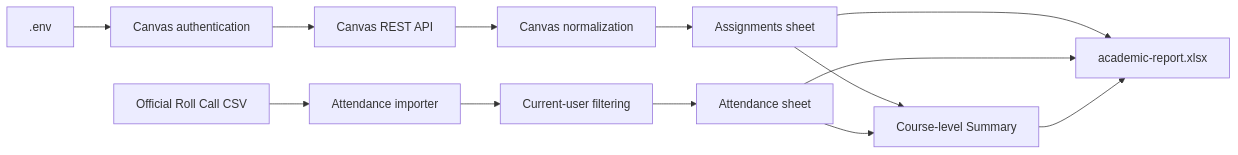
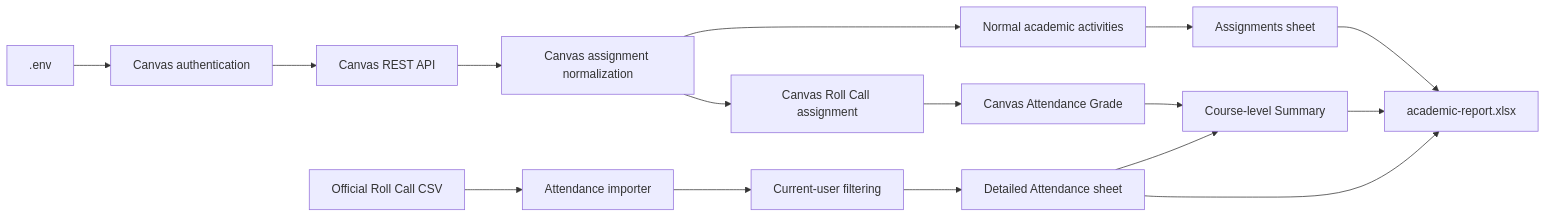
The diagram in docs/academic-pipeline.md (Syris-EkzD/Canvas-Guardian), drawn with Mermaid before and after one commit. The commit also changed other lines of this file and 4 other files, not shown here.

````diff
--- a/docs/academic-pipeline.md
+++ b/docs/academic-pipeline.md
@@ -5,18 +5,20 @@
 ```mermaid
 flowchart LR
     Env[.env] --> Auth[Canvas authentication]
     Auth --> API[Canvas REST API]
-    API --> Canvas[Canvas normalization]
-    Canvas --> Assignments[Assignments sheet]
+    API --> Canvas[Canvas assignment normalization]
+    Canvas --> Activities[Normal academic activities]
+    Activities --> Assignments[Assignments sheet]
+    Canvas --> CanvasRollCall[Canvas Roll Call assignment]
+    CanvasRollCall --> CanvasGrade[Canvas Attendance Grade]
+    CanvasGrade --> Summary[Course-level Summary]
 
     RollCall[Official Roll Call CSV] --> Importer[Attendance importer]
     Importer --> Filter[Current-user filtering]
-    Filter --> Attendance[Attendance sheet]
-
-    Assignments --> Summary[Course-level Summary]
+    Filter --> Attendance[Detailed Attendance sheet]
     Attendance --> Summary
 
     Assignments --> Output[academic-report.xlsx]
     Attendance --> Output
     Summary --> Output
 ```
````
